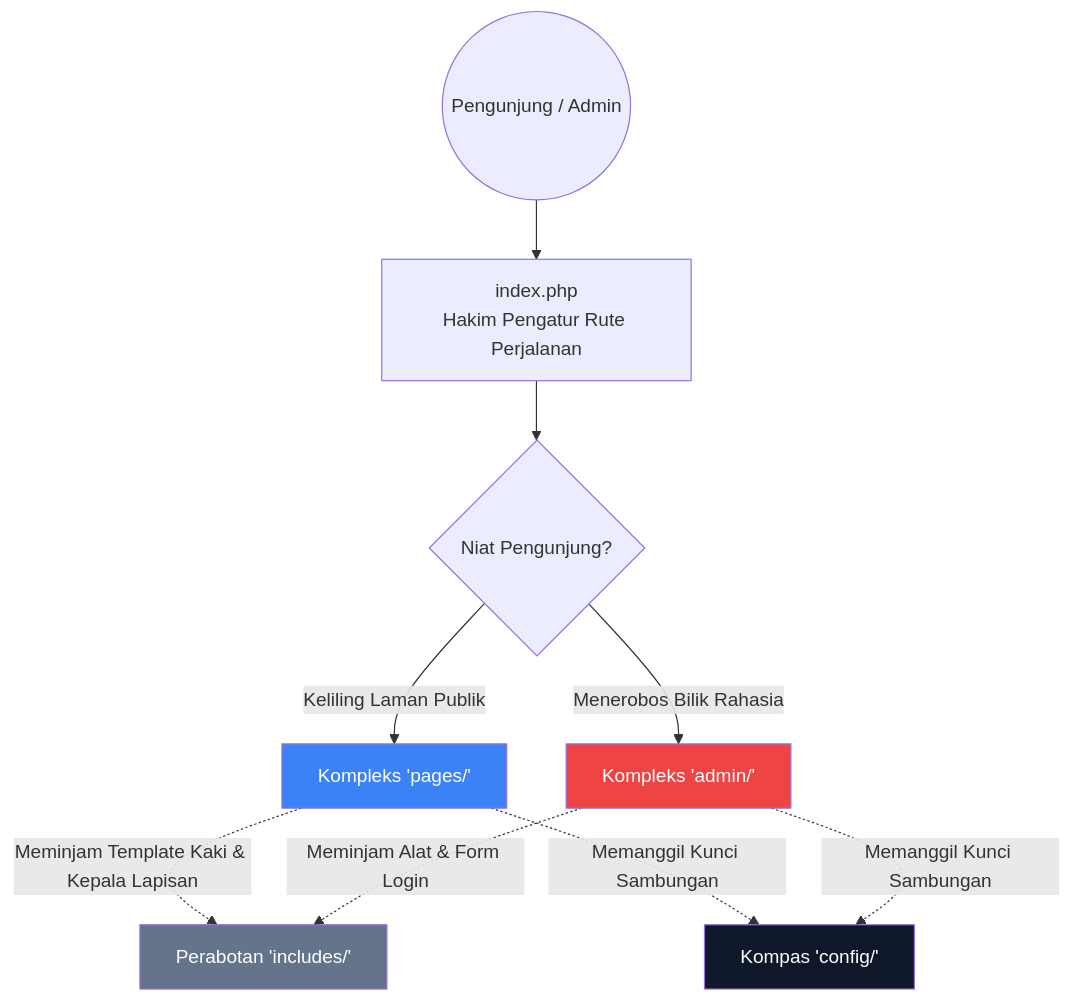
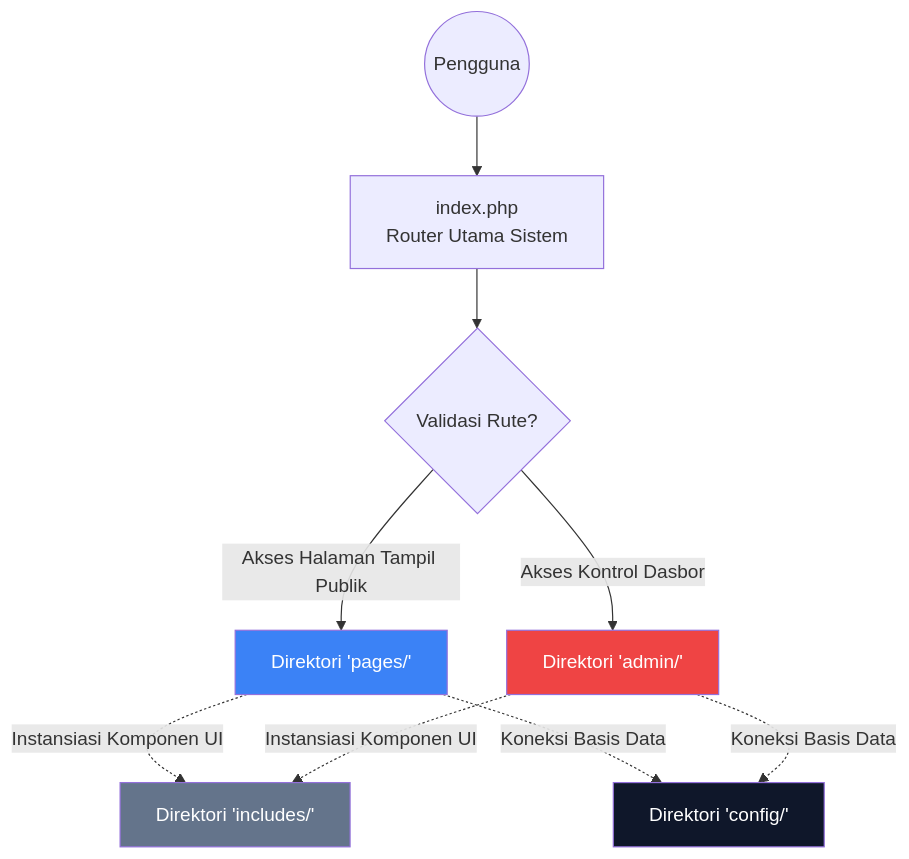
One commit to arbain-dev/Web_fikom changed the second of 2 diagrams in docs/04_DESAIN_ARSITEKTUR_SISTEM.md. Above: the diagram before and after it, drawn with Mermaid. The commit also changed other lines of this file and 2 other files, not shown here.

Commit message:
docs: merombak ulang tata bahasa selurh dokumen (Skema DB, Arsitektur, Sistem Kemanan) menjadi ragam bahasa formal, baku, dan analitik untuk keperluan laporan tulisan ilmiah

````diff
--- a/docs/04_DESAIN_ARSITEKTUR_SISTEM.md
+++ b/docs/04_DESAIN_ARSITEKTUR_SISTEM.md
@@ -50,20 +48,20 @@
 ```mermaid
 flowchart TD
-    Pengunjung((Pengunjung / Admin)) --> Index[index.php\nHakim Pengatur Rute Perjalanan]
+    Pengunjung((Pengguna)) --> Index[index.php\nRouter Utama Sistem]
     
-    Index --> Cek{Niat Pengunjung?}
+    Index --> Cek{Validasi Rute?}
     
-    Cek -- Keliling Laman Publik --> Pages[Kompleks 'pages/']
-    Cek -- Menerobos Bilik Rahasia --> Admin[Kompleks 'admin/']
+    Cek -- Akses Halaman Tampil Publik --> Pages[Direktori 'pages/']
+    Cek -- Akses Kontrol Dasbor --> Admin[Direktori 'admin/']
     
-    Pages -.->|Meminjam Template Kaki & Kepala Lapisan| Inc[Perabotan 'includes/']
-    Admin -.->|Meminjam Alat & Form Login| Inc
+    Pages -.->|Instansiasi Komponen UI| Inc[Direktori 'includes/']
+    Admin -.->|Instansiasi Komponen UI| Inc
     
-    Pages -.->|Memanggil Kunci Sambungan| Conf[Kompas 'config/']
-    Admin -.->|Memanggil Kunci Sambungan| Conf
+    Pages -.->|Koneksi Basis Data| Conf[Direktori 'config/']
+    Admin -.->|Koneksi Basis Data| Conf
     
     style Pages fill:#3b82f6,color:#fff
     style Admin fill:#ef4444,color:#fff
     style Inc fill:#64748b,color:#fff
     style Conf fill:#0f172a,color:#fff
 ```
````
